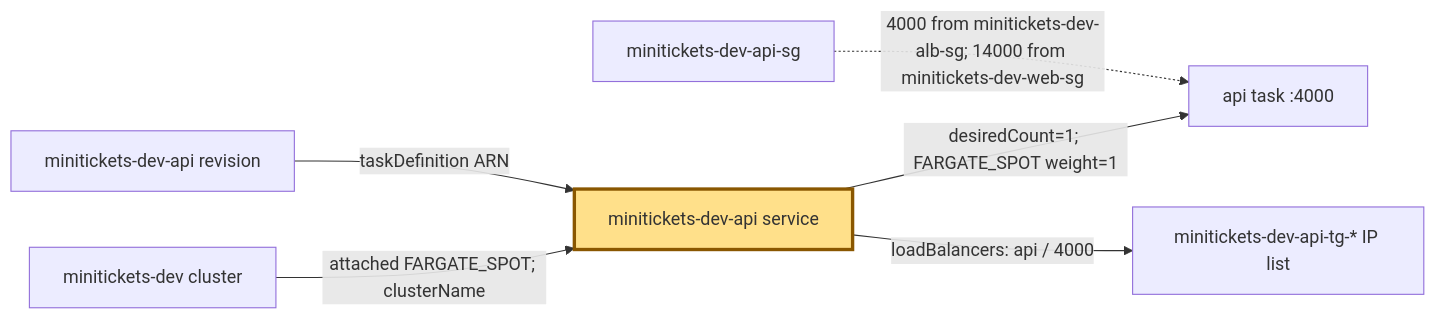
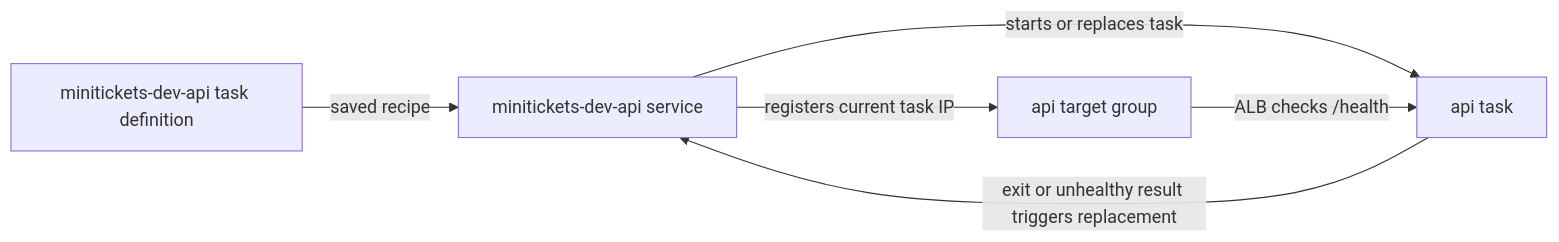
Before and after one commit to maheshnd/minitickets: the diagram in docs/handbook/concepts/ecs-service.md, drawn with Mermaid. The commit also changed other lines of this file and 39 other files, not shown here.

````diff
--- a/docs/handbook/concepts/ecs-service.md
+++ b/docs/handbook/concepts/ecs-service.md
@@ -13,10 +17,8 @@
 ```mermaid
 flowchart LR
-    C["minitickets-dev cluster"] -->|"attached FARGATE_SPOT; clusterName"| S["minitickets-dev-api service"]
-    D["minitickets-dev-api revision"] -->|"taskDefinition ARN"| S
-    S -->|"desiredCount=1; FARGATE_SPOT weight=1"| T["api task :4000"]
-    S -->|"loadBalancers: api / 4000"| G["minitickets-dev-api-tg-* IP list"]
-    SG["minitickets-dev-api-sg"] -.->|"4000 from minitickets-dev-alb-sg; 14000 from minitickets-dev-web-sg"| T
-    classDef focus fill:#ffe08a,stroke:#8a5700,stroke-width:3px
-    class S focus
+    definition["minitickets-dev-api task definition"] -->|"saved recipe"| service["minitickets-dev-api service"]
+    service -->|"starts or replaces task"| task["api task"]
+    service -->|"registers current task IP"| group["api target group"]
+    task -->|"exit or unhealthy result triggers replacement"| service
+    group -->|"ALB checks /health"| task
 ```
````
